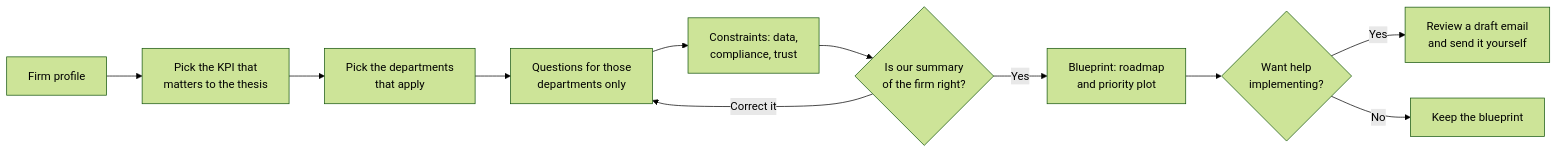
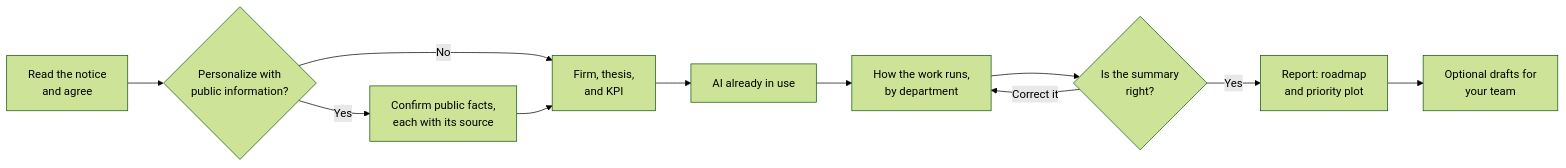
Before and after one commit to nxtpartners/nxt-fund-blueprint: the first of 2 diagrams in README.md, drawn with Mermaid (forest theme). The commit also changed other lines of this file and 23 other files, not shown here.

````diff
--- a/README.md
+++ b/README.md
@@ -18,13 +17,13 @@
 ```mermaid
 flowchart LR
-    A[Firm profile] --> B[Pick the KPI that<br/>matters to the thesis]
-    B --> C[Pick the departments<br/>that apply]
-    C --> D[Questions for those<br/>departments only]
-    D --> E[Constraints: data,<br/>compliance, trust]
-    E --> F{Is our summary<br/>of the firm right?}
-    F -- Correct it --> D
-    F -- Yes --> G[Blueprint: roadmap<br/>and priority plot]
-    G --> H{Want help<br/>implementing?}
-    H -- Yes --> I[Review a draft email<br/>and send it yourself]
-    H -- No --> J[Keep the blueprint]
+    A[Read the notice<br/>and agree] --> B{Personalize with<br/>public information?}
+    B -- Yes --> C[Confirm public facts,<br/>each with its source]
+    B -- No --> D[Firm, thesis,<br/>and KPI]
+    C --> D
+    D --> E[AI already in use]
+    E --> F[How the work runs,<br/>by department]
+    F --> G{Is the summary<br/>right?}
+    G -- Correct it --> F
+    G -- Yes --> H[Report: roadmap<br/>and priority plot]
+    H --> I[Optional drafts for<br/>your team]
 ```
````
